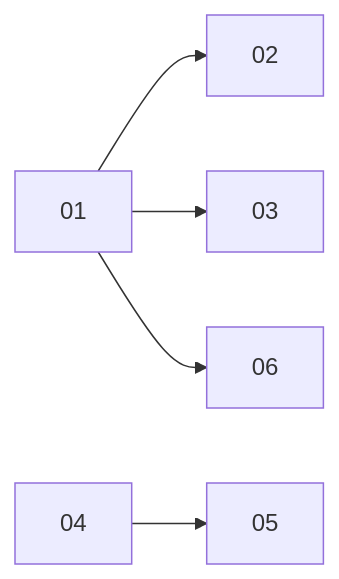
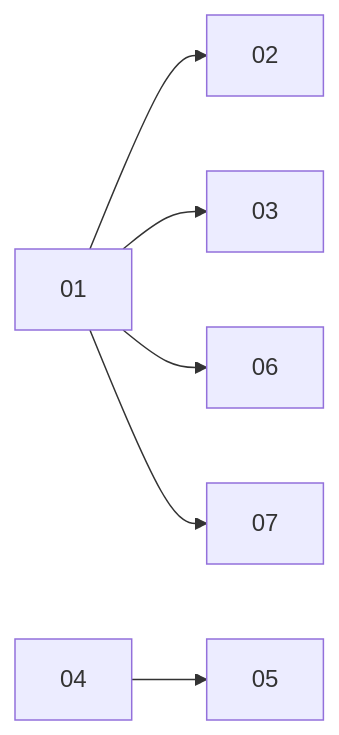
The diagram in docs/plan/6165-spend-limits-one-element/README.md (dam-agents/dam), drawn with Mermaid before and after one commit. The commit also changed other lines of this file and 4 other files, not shown here.

````diff
--- a/docs/plan/6165-spend-limits-one-element/README.md
+++ b/docs/plan/6165-spend-limits-one-element/README.md
@@ -89,7 +90,8 @@
 ```mermaid
 graph LR
   01 --> 02
   01 --> 03
   01 --> 06
   04 --> 05
+  01 --> 07
 ```
````
